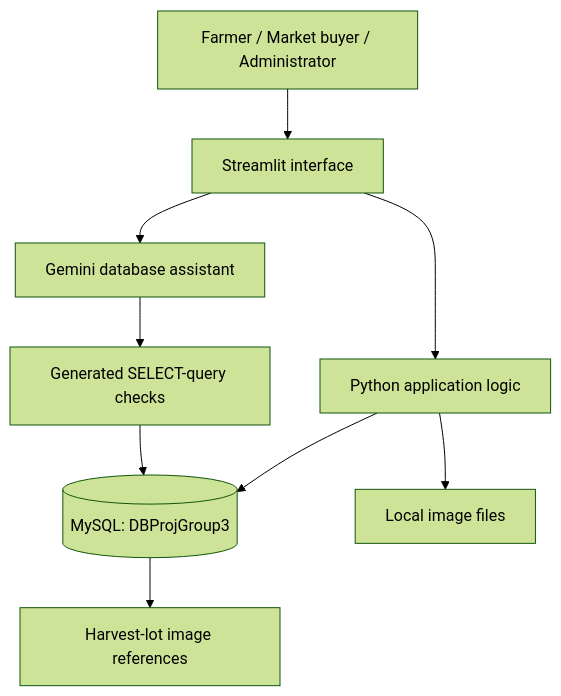
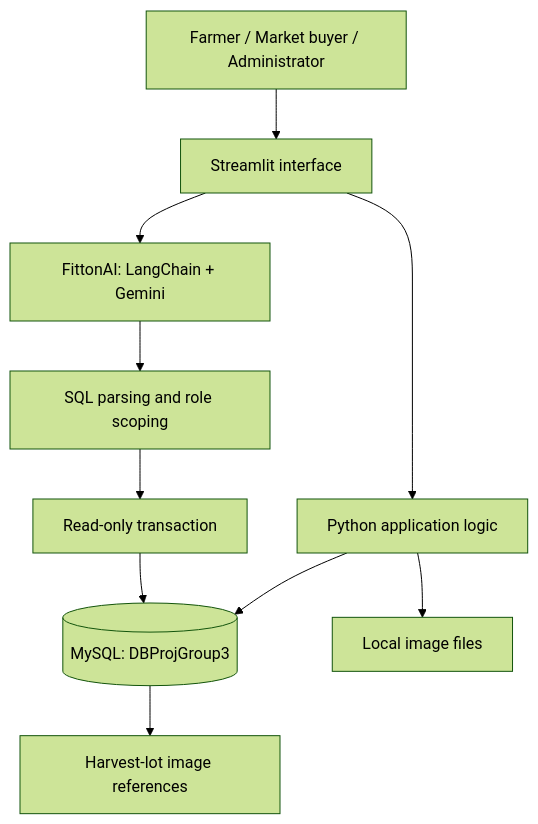
The diagram in README.md (tehsin-shaik/HarvestLink), drawn with Mermaid (forest theme) before and after one commit. The commit also changed other lines of this file and 16 other files, not shown here.

````diff
--- a/README.md
+++ b/README.md
@@ -62,11 +111,12 @@
 ```mermaid
 flowchart TD
     U[Farmer / Market buyer / Administrator] --> UI[Streamlit interface]
     UI --> P[Python application logic]
     P --> DB[(MySQL: DBProjGroup3)]
-    UI --> AI[Gemini database assistant]
-    AI --> Q[Generated SELECT-query checks]
-    Q --> DB
+    UI --> AI[FittonAI: LangChain + Gemini]
+    AI --> Q[SQL parsing and role scoping]
+    Q --> RO[Read-only transaction]
+    RO --> DB
     P --> F[Local image files]
     DB --> R[Harvest-lot image references]
 ```
````
